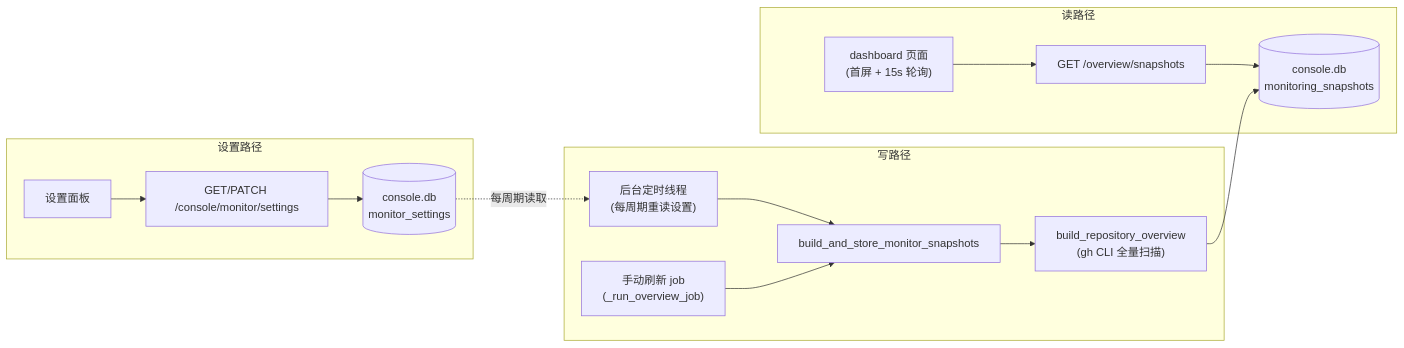
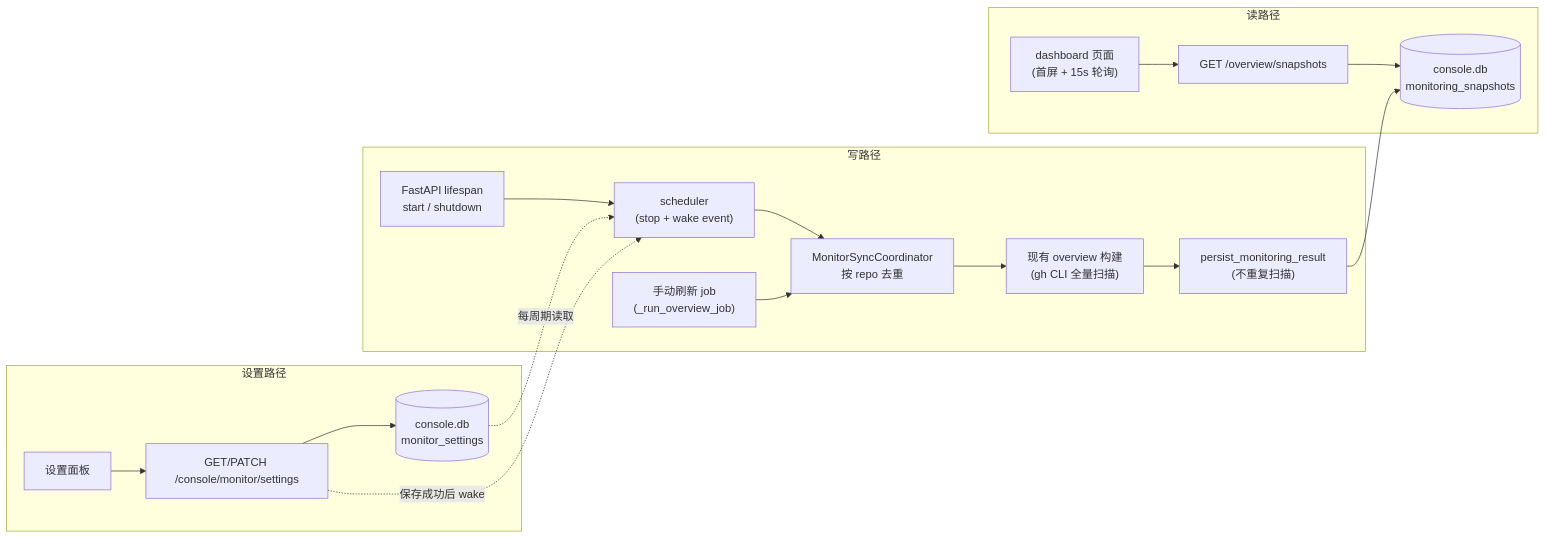
Before and after one commit to ZataZhang/keda: the second of 3 diagrams in tasks/pending/P1-PERF-20260916-102117-iar-console-dashboard-snapshot-sync.md, drawn with Mermaid. The commit also changed other lines of this file and 13 other files, not shown here.

````diff
--- a/tasks/pending/P1-PERF-20260916-102117-iar-console-dashboard-snapshot-sync.md
+++ b/tasks/pending/P1-PERF-20260916-102117-iar-console-dashboard-snapshot-sync.md
@@ -301,18 +317,21 @@
 ```mermaid
 flowchart LR
     subgraph 读路径
         UI["dashboard 页面<br/>(首屏 + 15s 轮询)"] --> SNAP["GET /overview/snapshots"]
         SNAP --> DB[("console.db<br/>monitoring_snapshots")]
     end
     subgraph 写路径
-        TIMER["后台定时线程<br/>(每周期重读设置)"] --> BUILD["build_and_store_monitor_snapshots"]
-        MANUAL["手动刷新 job<br/>(_run_overview_job)"] --> BUILD
-        BUILD --> GH["build_repository_overview<br/>(gh CLI 全量扫描)"]
-        GH --> DB
+        LIFE["FastAPI lifespan<br/>start / shutdown"] --> TIMER["scheduler<br/>(stop + wake event)"]
+        TIMER --> COORD["MonitorSyncCoordinator<br/>按 repo 去重"]
+        MANUAL["手动刷新 job<br/>(_run_overview_job)"] --> COORD
+        COORD --> GH["现有 overview 构建<br/>(gh CLI 全量扫描)"]
+        GH --> PERSIST["persist_monitoring_result<br/>(不重复扫描)"]
+        PERSIST --> DB
     end
     subgraph 设置路径
         PANEL["设置面板"] --> PATCHS["GET/PATCH /console/monitor/settings"]
         PATCHS --> SDB[("console.db<br/>monitor_settings")]
         SDB -.每周期读取.-> TIMER
+        PATCHS -.保存成功后 wake.-> TIMER
     end
 ```
````
